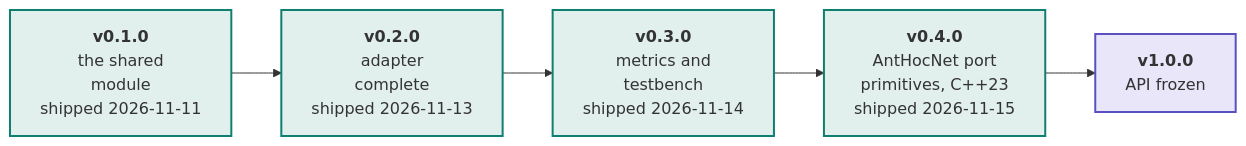
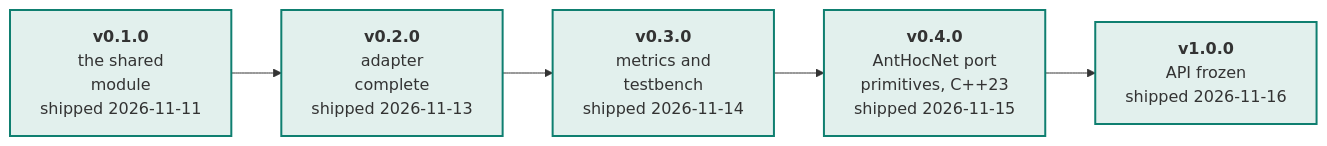
The first of 2 diagrams in docs/roadmap.md (swarm-routing/ns3-swarm-core), drawn with Mermaid before and after one commit. The commit also changed other lines of this file and 3 other files, not shown here.

````diff
--- a/docs/roadmap.md
+++ b/docs/roadmap.md
@@ -42,16 +42,16 @@
 ```mermaid
 flowchart LR
     V01["<b>v0.1.0</b><br/>the shared<br/>module<br/>shipped 2026-11-11"]
     V02["<b>v0.2.0</b><br/>adapter<br/>complete<br/>shipped 2026-11-13"]
     V03["<b>v0.3.0</b><br/>metrics and<br/>testbench<br/>shipped 2026-11-14"]
     V04["<b>v0.4.0</b><br/>AntHocNet port<br/>primitives, C++23<br/>shipped 2026-11-15"]
-    V10["<b>v1.0.0</b><br/>API frozen"]
+    V10["<b>v1.0.0</b><br/>API frozen<br/>shipped 2026-11-16"]
 
     V01 --> V02 --> V03 --> V04 --> V10
 
     style V01 fill:#e2f0ed,stroke:#0f7f70,stroke-width:2px
     style V02 fill:#e2f0ed,stroke:#0f7f70,stroke-width:2px
     style V03 fill:#e2f0ed,stroke:#0f7f70,stroke-width:2px
     style V04 fill:#e2f0ed,stroke:#0f7f70,stroke-width:2px
-    style V10 fill:#e8e6f8,stroke:#5b4fc4,stroke-width:2px
+    style V10 fill:#e2f0ed,stroke:#0f7f70,stroke-width:2px
 ```
````
